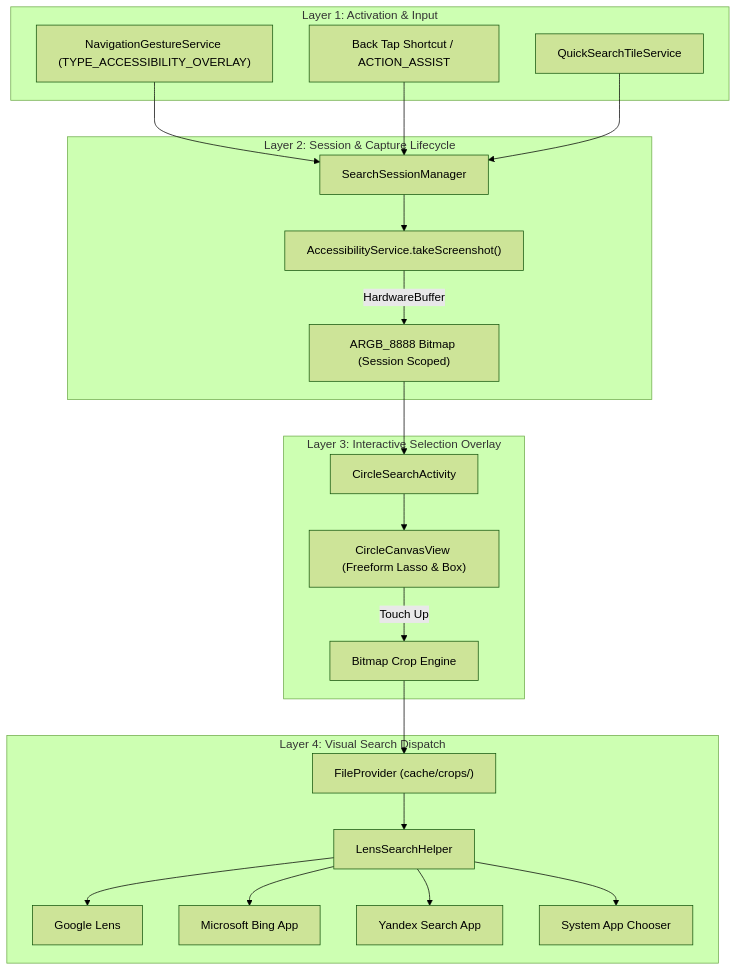
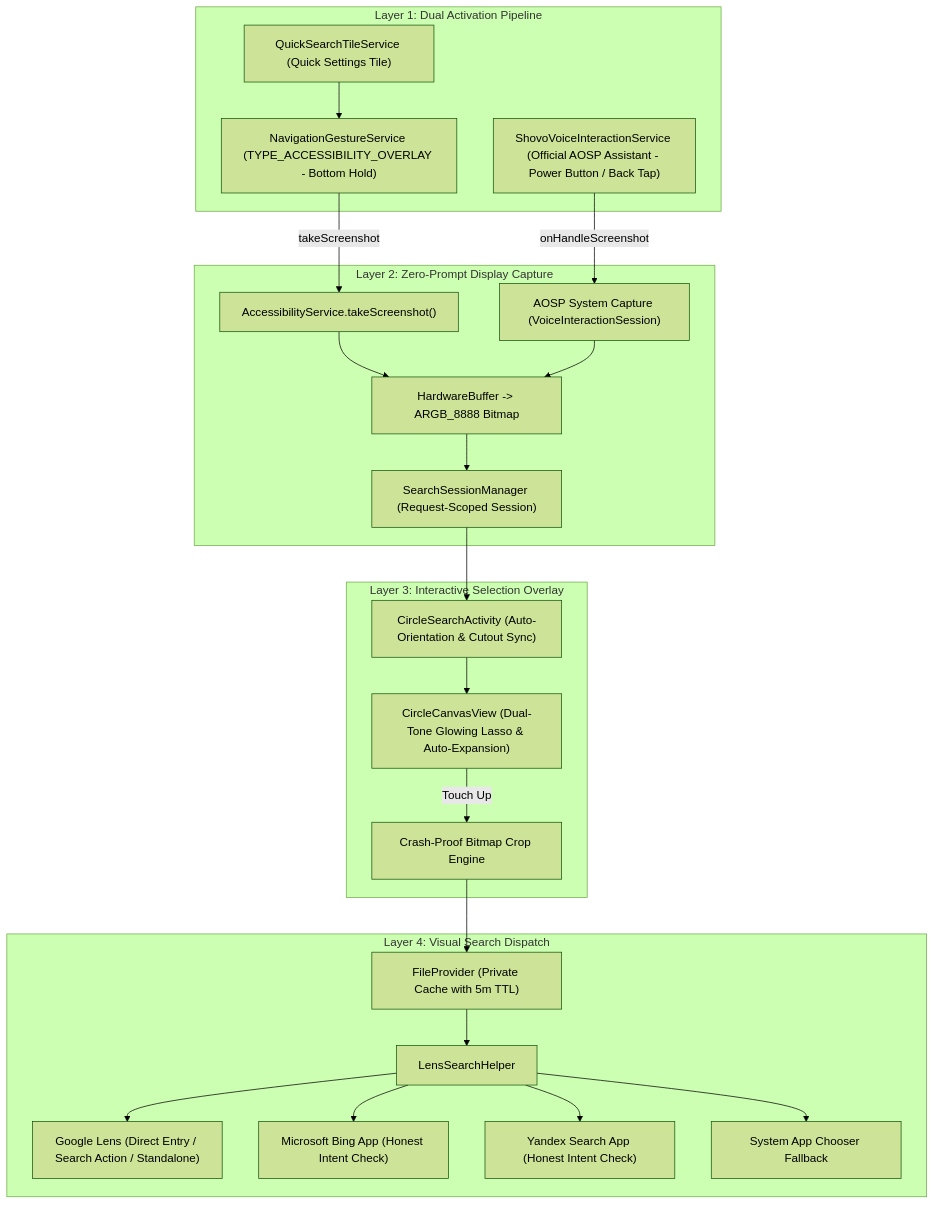
One commit to shovo127/Circle-to-Search-for-Xiaomi changed the diagram in docs/ARCHITECTURE.md. Above: the diagram before and after it, drawn with Mermaid (forest theme). The commit also changed other lines of this file and 7 other files, not shown here.

Commit message:
feat: implement official AOSP VoiceInteractionService assistant framework, standalone Lens support, and crash-proof cropping

````diff
--- a/docs/ARCHITECTURE.md
+++ b/docs/ARCHITECTURE.md
@@ -10,29 +10,32 @@
 ```mermaid
 flowchart TD
-    subgraph Trigger["Layer 1: Activation & Input"]
-        P1["NavigationGestureService (TYPE_ACCESSIBILITY_OVERLAY)"]
-        P2["Back Tap Shortcut / ACTION_ASSIST"]
-        P3["QuickSearchTileService"]
+    subgraph Trigger["Layer 1: Dual Activation Pipeline"]
+        P1["NavigationGestureService (TYPE_ACCESSIBILITY_OVERLAY - Bottom Hold)"]
+        P2["ShovoVoiceInteractionService (Official AOSP Assistant - Power Button / Back Tap)"]
+        P3["QuickSearchTileService (Quick Settings Tile)"]
     end
 
-    subgraph Session["Layer 2: Session & Capture Lifecycle"]
-        P1 & P2 & P3 --> SSM["SearchSessionManager"]
-        SSM --> ACC["AccessibilityService.takeScreenshot()"]
-        ACC -->|HardwareBuffer| BMP["ARGB_8888 Bitmap (Session Scoped)"]
+    subgraph Capture["Layer 2: Zero-Prompt Display Capture"]
+        P1 -->|takeScreenshot| ACC["AccessibilityService.takeScreenshot()"]
+        P2 -->|onHandleScreenshot| ASSIST["AOSP System Capture (VoiceInteractionSession)"]
+        P3 --> P1
+        ACC --> BMP["HardwareBuffer -> ARGB_8888 Bitmap"]
+        ASSIST --> BMP
+        BMP --> SSM["SearchSessionManager (Request-Scoped Session)"]
     end
 
     subgraph UI["Layer 3: Interactive Selection Overlay"]
-        BMP --> ACT["CircleSearchActivity"]
-        ACT --> CAN["CircleCanvasView (Freeform Lasso & Box)"]
-        CAN -->|Touch Up| CROP["Bitmap Crop Engine"]
+        SSM --> ACT["CircleSearchActivity (Auto-Orientation & Cutout Sync)"]
+        ACT --> CAN["CircleCanvasView (Dual-Tone Glowing Lasso & Auto-Expansion)"]
+        CAN -->|Touch Up| CROP["Crash-Proof Bitmap Crop Engine"]
     end
 
     subgraph Dispatch["Layer 4: Visual Search Dispatch"]
-        CROP --> FP["FileProvider (cache/crops/)"]
+        CROP --> FP["FileProvider (Private Cache with 5m TTL)"]
         FP --> DISP["LensSearchHelper"]
-        DISP --> GMS["Google Lens"]
-        DISP --> BING["Microsoft Bing App"]
-        DISP --> YAN["Yandex Search App"]
-        DISP --> CHOOSE["System App Chooser"]
+        DISP --> GMS["Google Lens (Direct Entry / Search Action / Standalone)"]
+        DISP --> BING["Microsoft Bing App (Honest Intent Check)"]
+        DISP --> YAN["Yandex Search App (Honest Intent Check)"]
+        DISP --> CHOOSE["System App Chooser Fallback"]
     end
 ```
````
